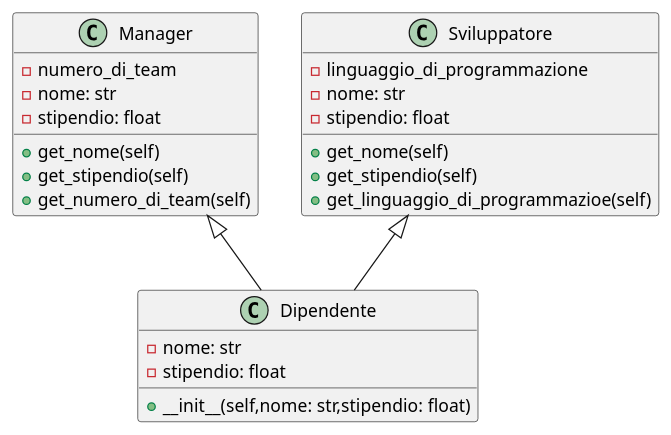
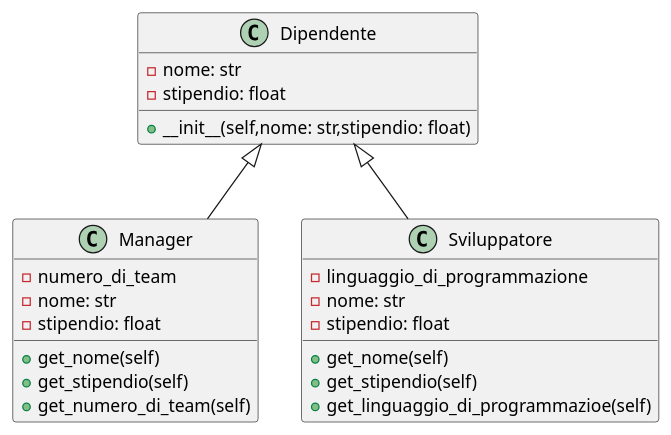
One commit to MarcoArlotti/ssh_sync_4- changed the diagram in arlotti_es5/es05.puml. Above: the diagram before and after it, drawn with PlantUML.

```diff
--- a/arlotti_es5/es05.puml
+++ b/arlotti_es5/es05.puml
@@ -1,28 +1,27 @@
 @startuml
-Manager ^-- Dipendente
-Sviluppatore ^-- Dipendente
+Dipendente ^-- Manager 
+Dipendente ^-- Sviluppatore
 class Dipendente {
     -nome: str
     -stipendio: float
-    __
     +__init__(self,nome: str,stipendio: float)
 }
 class Manager {
     -numero_di_team
     -nome: str
     -stipendio: float
     __
     +get_nome(self)
     +get_stipendio(self)
     +get_numero_di_team(self)
 }
 class Sviluppatore {
     -linguaggio_di_programmazione
     -nome: str
     -stipendio: float
     __
     +get_nome(self)
     +get_stipendio(self)
     +get_linguaggio_di_programmazioe(self)
 }
 @enduml
```
